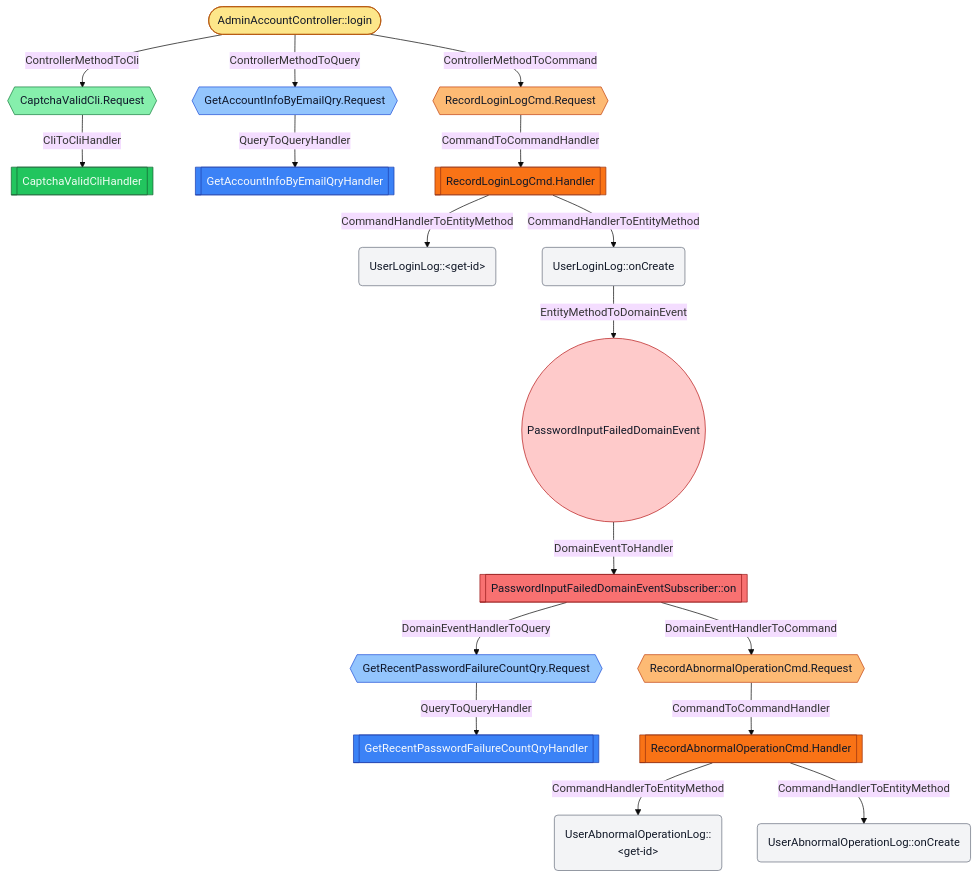
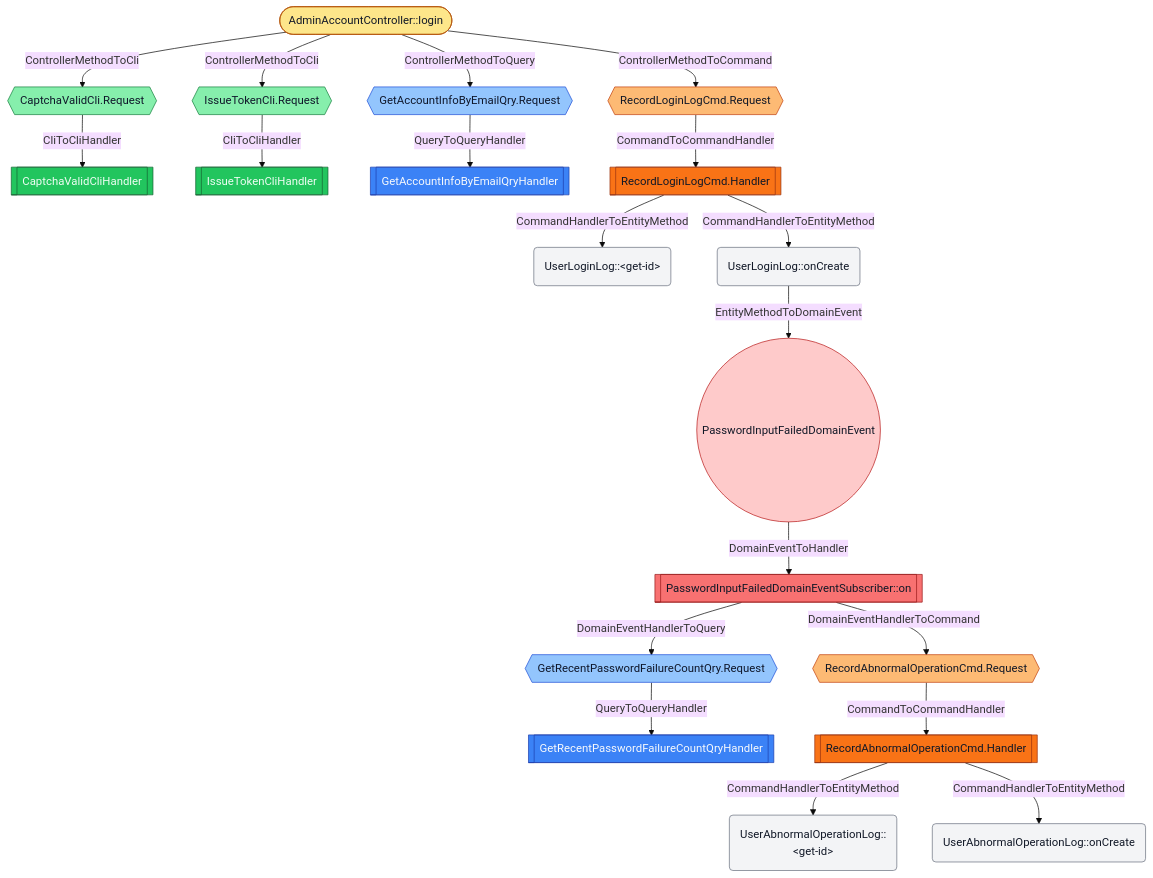
The diagram in flows/edu_only4_danmuku_adapter_portal_api_admin_AdminAccountController_login.mmd (LDmoxeii/only-danmuku), drawn with Mermaid (base theme) before and after one commit. The commit also changed 113 other files, not shown here.

```diff
--- a/flows/edu_only4_danmuku_adapter_portal_api_admin_AdminAccountController_login.mmd
+++ b/flows/edu_only4_danmuku_adapter_portal_api_admin_AdminAccountController_login.mmd
@@ -1,61 +1,67 @@
 flowchart TD
   N1[[CaptchaValidCliHandler]]
   class N1 clihandler
-  N2[[GetAccountInfoByEmailQryHandler]]
-  class N2 queryhandler
-  N3[[GetRecentPasswordFailureCountQryHandler]]
+  N2[[IssueTokenCliHandler]]
+  class N2 clihandler
+  N3[[GetAccountInfoByEmailQryHandler]]
   class N3 queryhandler
-  N4([AdminAccountController::login])
-  class N4 controllermethod
-  N5[[RecordAbnormalOperationCmd.Handler]]
-  class N5 commandhandler
-  N6{{RecordAbnormalOperationCmd.Request}}
-  class N6 command
-  N7[[RecordLoginLogCmd.Handler]]
-  class N7 commandhandler
-  N8{{RecordLoginLogCmd.Request}}
-  class N8 command
-  N9{{CaptchaValidCli.Request}}
-  class N9 cli
-  N10{{GetAccountInfoByEmailQry.Request}}
-  class N10 query
-  N11{{GetRecentPasswordFailureCountQry.Request}}
-  class N11 query
-  N12[[PasswordInputFailedDomainEventSubscriber::on]]
-  class N12 domaineventhandler
-  N13(UserAbnormalOperationLog::&lt;get-id&gt;)
-  class N13 entitymethod
-  N14(UserAbnormalOperationLog::onCreate)
-  class N14 entitymethod
-  N15(UserLoginLog::&lt;get-id&gt;)
+  N4[[GetRecentPasswordFailureCountQryHandler]]
+  class N4 queryhandler
+  N5([AdminAccountController::login])
+  class N5 controllermethod
+  N6[[RecordAbnormalOperationCmd.Handler]]
+  class N6 commandhandler
+  N7{{RecordAbnormalOperationCmd.Request}}
+  class N7 command
+  N8[[RecordLoginLogCmd.Handler]]
+  class N8 commandhandler
+  N9{{RecordLoginLogCmd.Request}}
+  class N9 command
+  N10{{CaptchaValidCli.Request}}
+  class N10 cli
+  N11{{IssueTokenCli.Request}}
+  class N11 cli
+  N12{{GetAccountInfoByEmailQry.Request}}
+  class N12 query
+  N13{{GetRecentPasswordFailureCountQry.Request}}
+  class N13 query
+  N14[[PasswordInputFailedDomainEventSubscriber::on]]
+  class N14 domaineventhandler
+  N15(UserAbnormalOperationLog::&lt;get-id&gt;)
   class N15 entitymethod
-  N16(UserLoginLog::onCreate)
+  N16(UserAbnormalOperationLog::onCreate)
   class N16 entitymethod
-  N17((PasswordInputFailedDomainEvent))
-  class N17 domainevent
-  N4 -->|ControllerMethodToCommand| N8
-  N4 -->|ControllerMethodToCli| N9
-  N4 -->|ControllerMethodToQuery| N10
-  N5 -->|CommandHandlerToEntityMethod| N13
-  N5 -->|CommandHandlerToEntityMethod| N14
-  N6 -->|CommandToCommandHandler| N5
-  N7 -->|CommandHandlerToEntityMethod| N15
-  N7 -->|CommandHandlerToEntityMethod| N16
-  N8 -->|CommandToCommandHandler| N7
-  N9 -->|CliToCliHandler| N1
-  N10 -->|QueryToQueryHandler| N2
-  N11 -->|QueryToQueryHandler| N3
-  N12 -->|DomainEventHandlerToCommand| N6
-  N12 -->|DomainEventHandlerToQuery| N11
-  N16 -->|EntityMethodToDomainEvent| N17
-  N17 -->|DomainEventToHandler| N12
+  N17(UserLoginLog::&lt;get-id&gt;)
+  class N17 entitymethod
+  N18(UserLoginLog::onCreate)
+  class N18 entitymethod
+  N19((PasswordInputFailedDomainEvent))
+  class N19 domainevent
+  N5 -->|ControllerMethodToCommand| N9
+  N5 -->|ControllerMethodToCli| N10
+  N5 -->|ControllerMethodToCli| N11
+  N5 -->|ControllerMethodToQuery| N12
+  N6 -->|CommandHandlerToEntityMethod| N15
+  N6 -->|CommandHandlerToEntityMethod| N16
+  N7 -->|CommandToCommandHandler| N6
+  N8 -->|CommandHandlerToEntityMethod| N17
+  N8 -->|CommandHandlerToEntityMethod| N18
+  N9 -->|CommandToCommandHandler| N8
+  N10 -->|CliToCliHandler| N1
+  N11 -->|CliToCliHandler| N2
+  N12 -->|QueryToQueryHandler| N3
+  N13 -->|QueryToQueryHandler| N4
+  N14 -->|DomainEventHandlerToCommand| N7
+  N14 -->|DomainEventHandlerToQuery| N13
+  N18 -->|EntityMethodToDomainEvent| N19
+  N19 -->|DomainEventToHandler| N14
   classDef cli fill:#86EFAC,stroke:#15803D,color:#0F172A
   classDef clihandler fill:#22C55E,stroke:#166534,color:#F0FDF4
   classDef command fill:#FDBA74,stroke:#C2410C,color:#111827
   classDef commandhandler fill:#F97316,stroke:#9A3412,color:#111827
   classDef controllermethod fill:#FDE68A,stroke:#B45309,color:#111827
   classDef domainevent fill:#FECACA,stroke:#B91C1C,color:#111827
   classDef domaineventhandler fill:#F87171,stroke:#991B1B,color:#111827
   classDef entitymethod fill:#F3F4F6,stroke:#6B7280,color:#111827
   classDef query fill:#93C5FD,stroke:#1D4ED8,color:#0F172A
   classDef queryhandler fill:#3B82F6,stroke:#1E40AF,color:#F8FAFC
```
